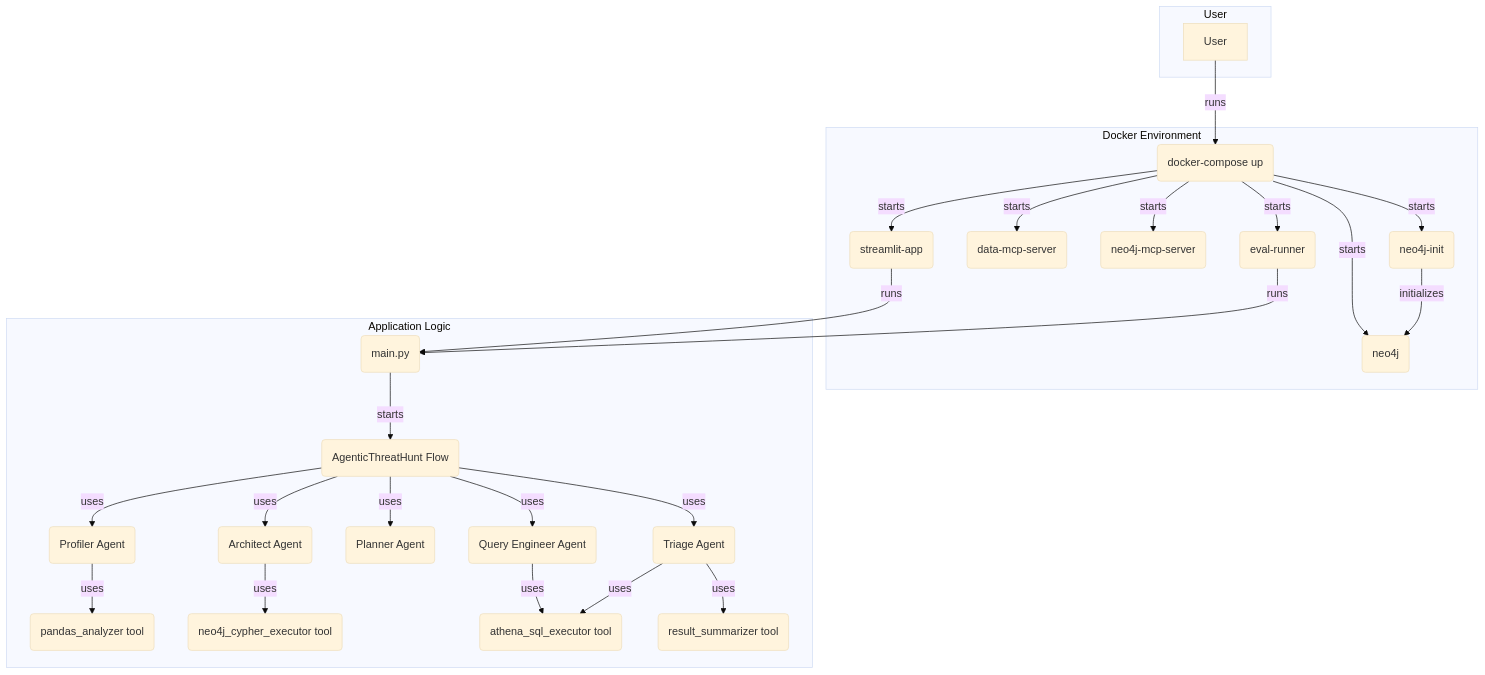
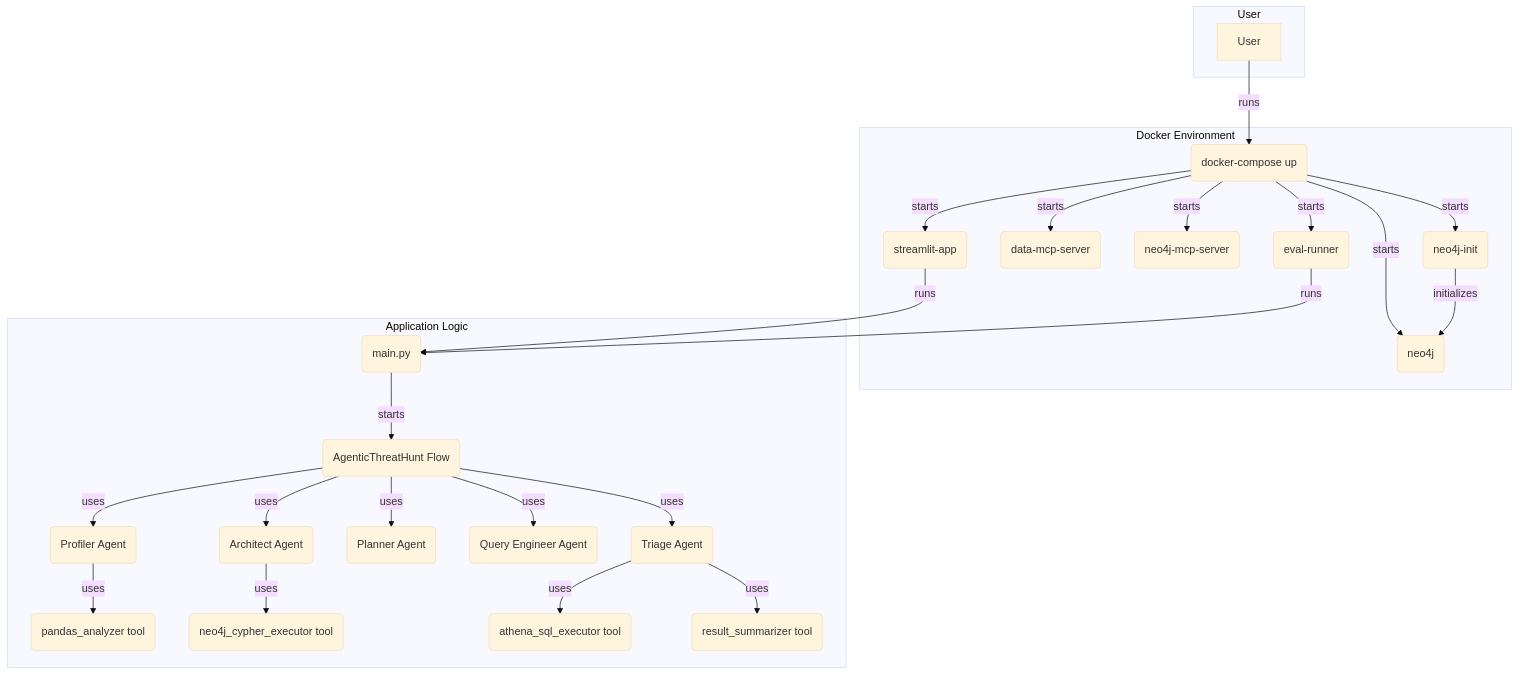
One commit to vishnupriyavr/ai-threat-hunting-query-generation changed the diagram in README.md. Above: the diagram before and after it, drawn with Mermaid (base theme). The commit also changed 1 other file, not shown here.

Commit message:
Latest architecture diagram - mermaid

````diff
--- a/README.md
+++ b/README.md
@@ -67,50 +67,49 @@
 ```mermaid
 graph TD
     subgraph User
         A[User]
     end
 
     subgraph "Docker Environment"
         B(docker-compose up)
         C(streamlit-app)
         D(data-mcp-server)
         E(neo4j-mcp-server)
         F(neo4j)
         G(neo4j-init)
         P(eval-runner)
     end
 
     subgraph "Application Logic"
         I(main.py)
         J(AgenticThreatHunt Flow)
         K(Profiler Agent)
         L(Architect Agent)
         M(Planner Agent)
         N(Query Engineer Agent)
         O(Triage Agent)
         S(pandas_analyzer tool)
         T(neo4j_cypher_executor tool)
         U(athena_sql_executor tool)
         V(result_summarizer tool)
     end
 
     A -- runs --> B
     B -- starts --> C & D & E & F & G & P
 
     G -- initializes --> F
     C -- runs --> I
     P -- runs --> I
 
     I -- starts --> J
 
     J -- uses --> K
     J -- uses --> L
     J -- uses --> M
     J -- uses --> N
     J -- uses --> O
 
     K -- uses --> S
     L -- uses --> T
-    N -- uses --> U
     O -- uses --> U & V
 ```
````
